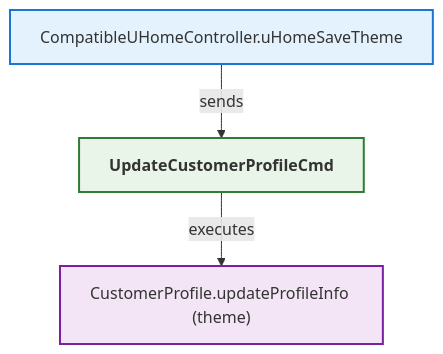
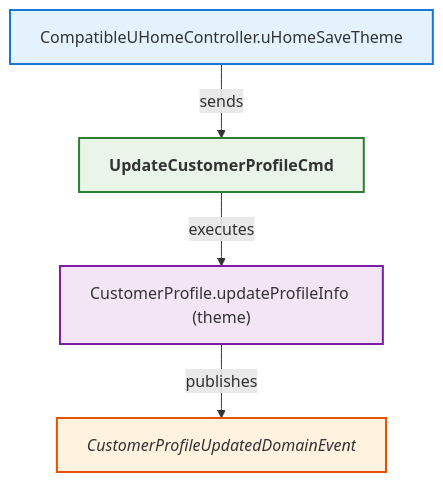
Before and after one commit to LDmoxeii/only-danmuku: the diagram in analysis/CompatibleUHomeController_saveTheme.mmd, drawn with Mermaid. The commit also changed 1 other file, not shown here.

Commit message:
feat(domain): 添加客户资料更新领域事件- 在聚合根 CustomerProfile 中引入 CustomerProfileUpdatedDomainEvent - 更新 updateProfileInfo 方法以发布统一的资料更新事件 - 移除旧的昵称和头像变更检测逻辑 - 简化事件发布机制，确保每次更新都触发领域事件 - 导入新增的领域事件类并调整相关包引用路径 - 更新 MMD 图表以反映新的事件发布关系

```diff
--- a/analysis/CompatibleUHomeController_saveTheme.mmd
+++ b/analysis/CompatibleUHomeController_saveTheme.mmd
@@ -1,31 +1,34 @@
 flowchart TB
 
     N1["CompatibleUHomeController.uHomeSaveTheme"]
     class N1 controllermethod;
 
     C1["UpdateCustomerProfileCmd"]
     class C1 command;
     A1["CustomerProfile.updateProfileInfo (theme)"]
     class A1 entitymethod;
+    E1["CustomerProfileUpdatedDomainEvent"]
+    class E1 domainevent;
 
     %% Relationships
     N1 -->|sends| C1
     C1 -->|executes| A1
+    A1 -->|publishes| E1
 
     %% Styles
     classDef controller fill:#e3f2fd,stroke:#1565c0,stroke-width:2px,font-weight:bold;
     classDef controllermethod fill:#e3f2fd,stroke:#1976d2,stroke-width:2px;
     classDef endpoint fill:#e3f2fd,stroke:#42a5f5,stroke-width:2px;
     classDef commandsender fill:#e3f2fd,stroke:#1565c0,stroke-width:2px,font-style:italic;
     classDef commandsendermethod fill:#e3f2fd,stroke:#1976d2,stroke-width:2px,font-style:italic;
     classDef command fill:#e8f5e8,stroke:#2e7d32,stroke-width:2px,font-weight:bold;
     classDef commandhandler fill:#e8f5e8,stroke:#388e3c,stroke-width:2px,font-weight:bold;
     classDef aggregate fill:#fff8e1,stroke:#ff8f00,stroke-width:3px,font-weight:bold;
     classDef entitymethod fill:#f3e5f5,stroke:#7b1fa2,stroke-width:2px;
     classDef domainevent fill:#fff3e0,stroke:#e65100,stroke-width:2px,font-style:italic;
     classDef domaineventhandler fill:#fff3e0,stroke:#ef6c00,stroke-width:2px,font-weight:bold;
     classDef integrationevent fill:#fce4ec,stroke:#880e4f,stroke-width:2px;
     classDef integrationeventhandler fill:#fce4ec,stroke:#ad1457,stroke-width:2px,font-weight:bold;
     classDef integrationeventconverter fill:#e3f2fd,stroke:#0277bd,stroke-width:2px;
     classDef repo fill:#d6dbdf,stroke:#85929e,stroke-width:2px;
     classDef uow fill:#f2f4f4,stroke:#7f8c8d,stroke-width:2px;
```
